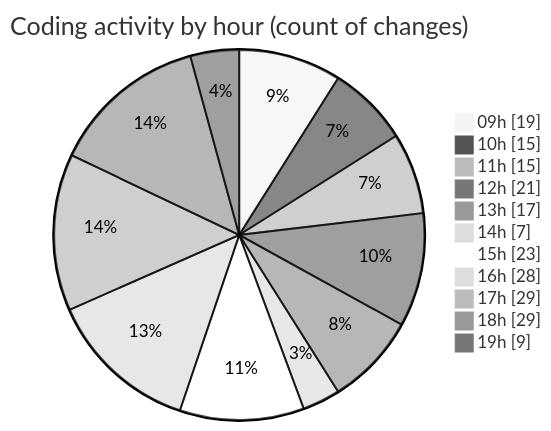
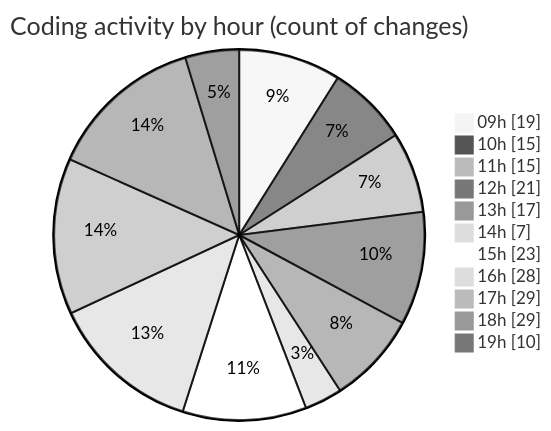
The second of 2 diagrams in 2025-09-05/cda/README.md (momahboobian/code-tracking), drawn with Mermaid (neutral theme) before and after one commit. The commit also changed other lines of this file and 1 other file, not shown here.

````diff
--- a/2025-09-05/cda/README.md
+++ b/2025-09-05/cda/README.md
@@ -38,15 +38,15 @@
 ```mermaid
 pie showData
 title Coding activity by hour (count of changes)
 "09h" : 19
 "10h" : 15
 "11h" : 15
 "12h" : 21
 "13h" : 17
 "14h" : 7
 "15h" : 23
 "16h" : 28
 "17h" : 29
 "18h" : 29
-"19h" : 9
+"19h" : 10
 ```
````
